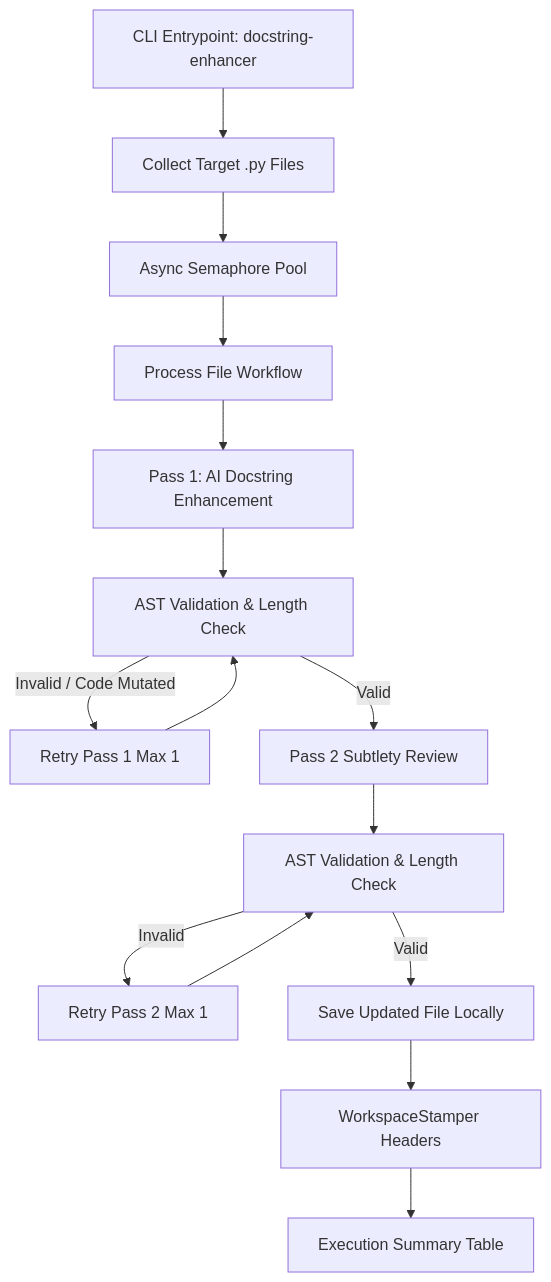
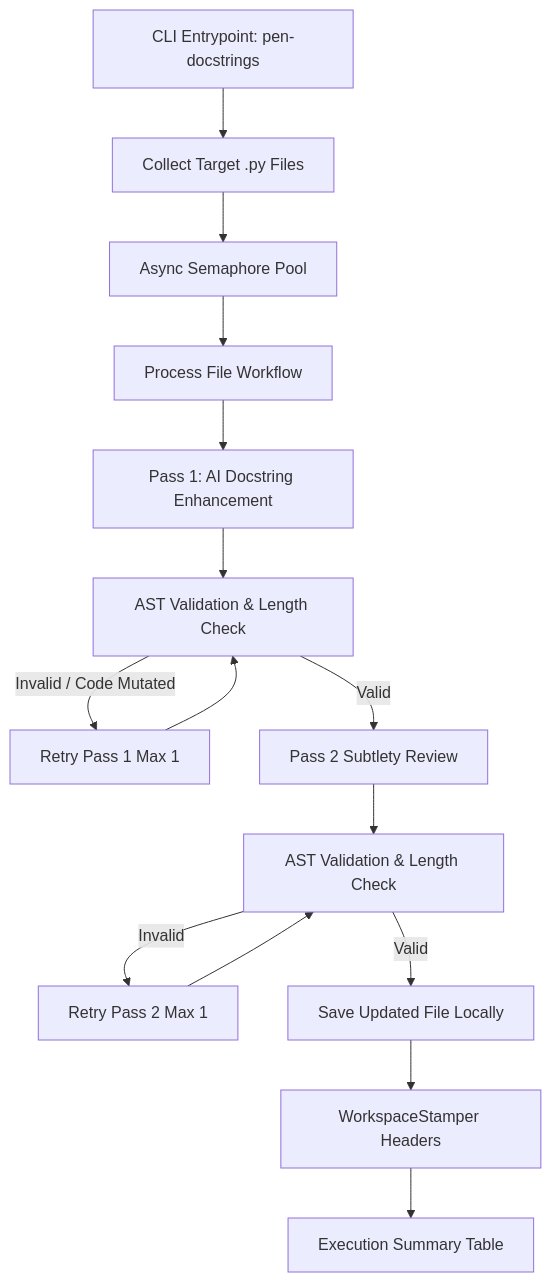
One commit to sebastien-lenard/coding-tools changed the diagram in docs/designs/003-docstring-pipeline.md. Above: the diagram before and after it, drawn with Mermaid. The commit also changed other lines of this file and 10 other files, not shown here.

Commit message:
docstring-enhancer -> pen-docstrings. Cleaning, ancillary file and io functions, template

````diff
--- a/docs/designs/003-docstring-pipeline.md
+++ b/docs/designs/003-docstring-pipeline.md
@@ -22,17 +22,17 @@
 ```mermaid
 graph TD
-    A[CLI Entrypoint: docstring-enhancer] --> B[Collect Target .py Files]
+    A[CLI Entrypoint: pen-docstrings] --> B[Collect Target .py Files]
     B --> C[Async Semaphore Pool]
     C --> D[Process File Workflow]
     D --> E[Pass 1: AI Docstring Enhancement]
     E --> F[AST Validation & Length Check]
     F -->|Invalid / Code Mutated| E2[Retry Pass 1 Max 1]
     E2 --> F
     F -->|Valid| G[Pass 2 Subtlety Review]
     G --> H[AST Validation & Length Check]
     H -->|Invalid| G2[Retry Pass 2 Max 1]
     G2 --> H
     H -->|Valid| I[Save Updated File Locally]
     I --> J[WorkspaceStamper Headers]
     J --> K[Execution Summary Table]
 ```
````
